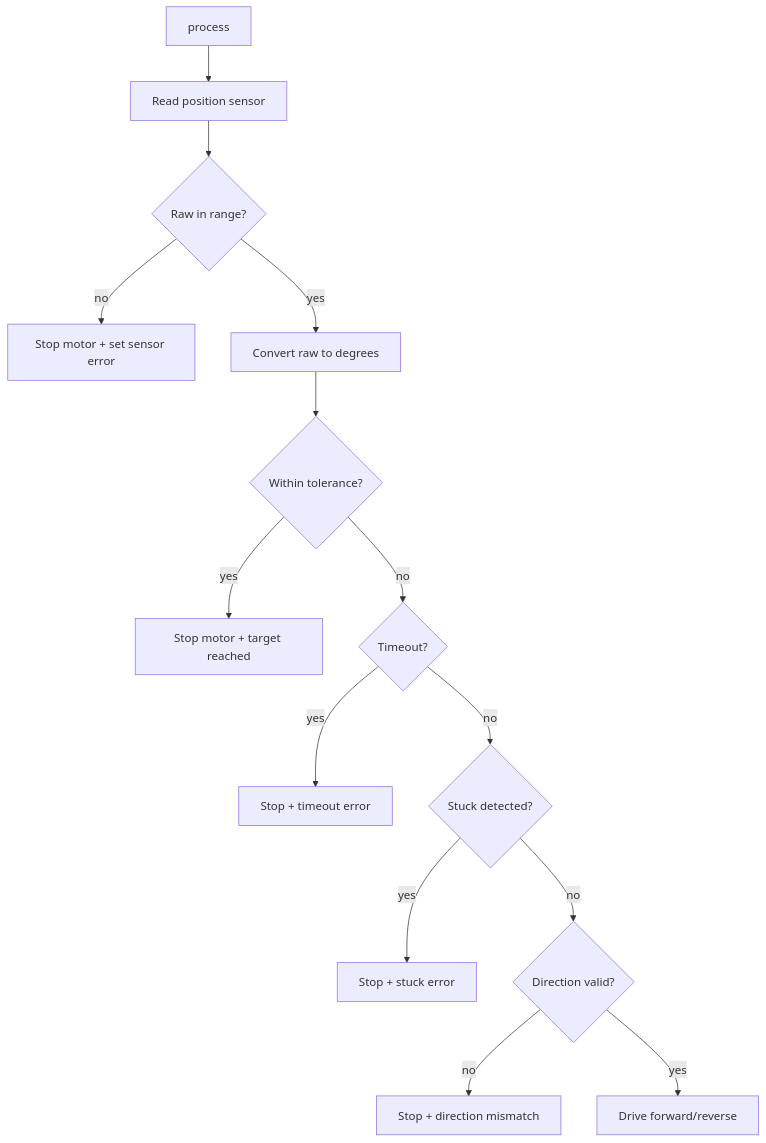
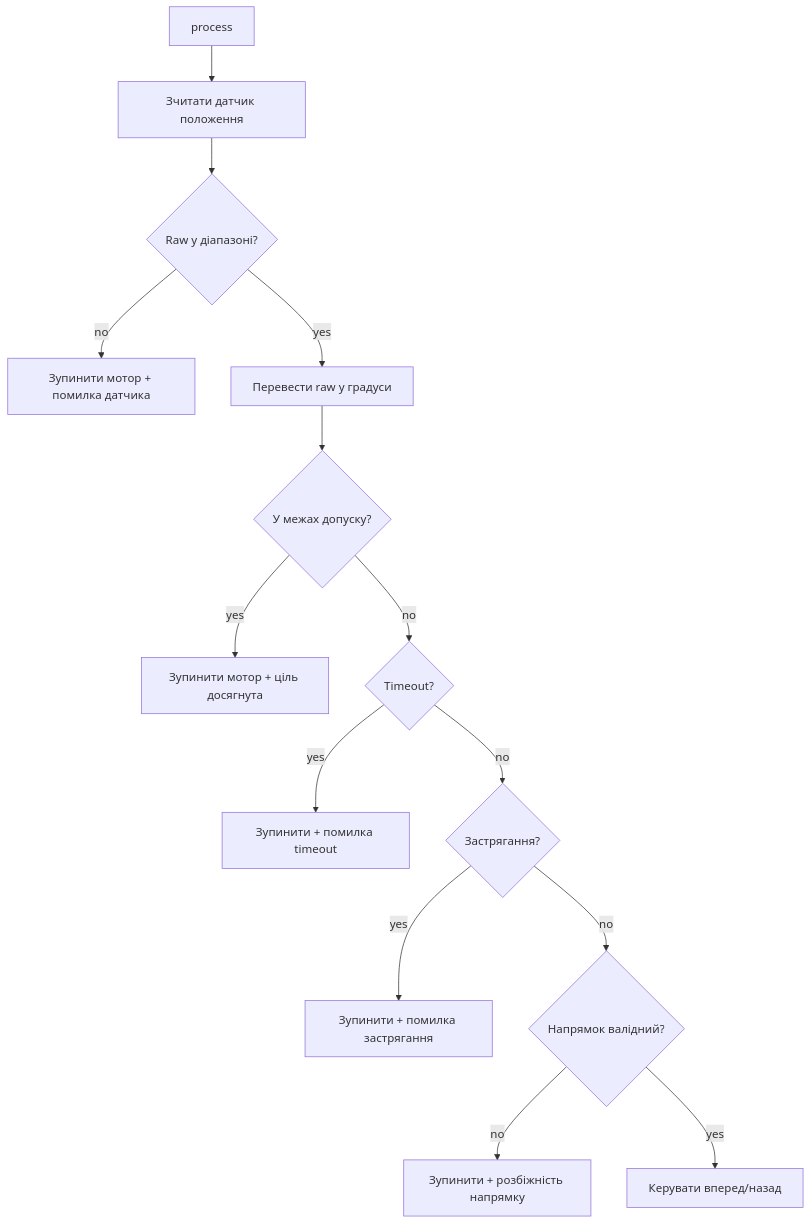
One commit to anatoliWeb/pic-platform changed the third of 9 diagrams in docs/libraries/actuator/position_drive.ua.md. Above: the diagram before and after it, drawn with Mermaid. The commit also changed other lines of this file and 3 other files, not shown here.

First line of the commit message:
docs(position-drive): translate Mermaid labels to Ukrainian in UA docs

````diff
--- a/docs/libraries/actuator/position_drive.ua.md
+++ b/docs/libraries/actuator/position_drive.ua.md
@@ -174,16 +173,16 @@
 ```mermaid
 flowchart TD
-    START[process] --> READ[Read position sensor]
-    READ --> RANGE{Raw in range?}
-    RANGE -- no --> ESTOP[Stop motor + set sensor error]
-    RANGE -- yes --> ANGLE[Convert raw to degrees]
-    ANGLE --> TARGET{Within tolerance?}
-    TARGET -- yes --> STOP[Stop motor + target reached]
+    START[process] --> READ[Зчитати датчик положення]
+    READ --> RANGE{Raw у діапазоні?}
+    RANGE -- no --> ESTOP[Зупинити мотор + помилка датчика]
+    RANGE -- yes --> ANGLE[Перевести raw у градуси]
+    ANGLE --> TARGET{У межах допуску?}
+    TARGET -- yes --> STOP[Зупинити мотор + ціль досягнута]
     TARGET -- no --> TIMEOUT{Timeout?}
-    TIMEOUT -- yes --> ERR1[Stop + timeout error]
-    TIMEOUT -- no --> STUCK{Stuck detected?}
-    STUCK -- yes --> ERR2[Stop + stuck error]
-    STUCK -- no --> DIR{Direction valid?}
-    DIR -- no --> ERR3[Stop + direction mismatch]
-    DIR -- yes --> DRIVE[Drive forward/reverse]
+    TIMEOUT -- yes --> ERR1[Зупинити + помилка timeout]
+    TIMEOUT -- no --> STUCK{Застрягання?}
+    STUCK -- yes --> ERR2[Зупинити + помилка застрягання]
+    STUCK -- no --> DIR{Напрямок валідний?}
+    DIR -- no --> ERR3[Зупинити + розбіжність напрямку]
+    DIR -- yes --> DRIVE[Керувати вперед/назад]
 ```
````
